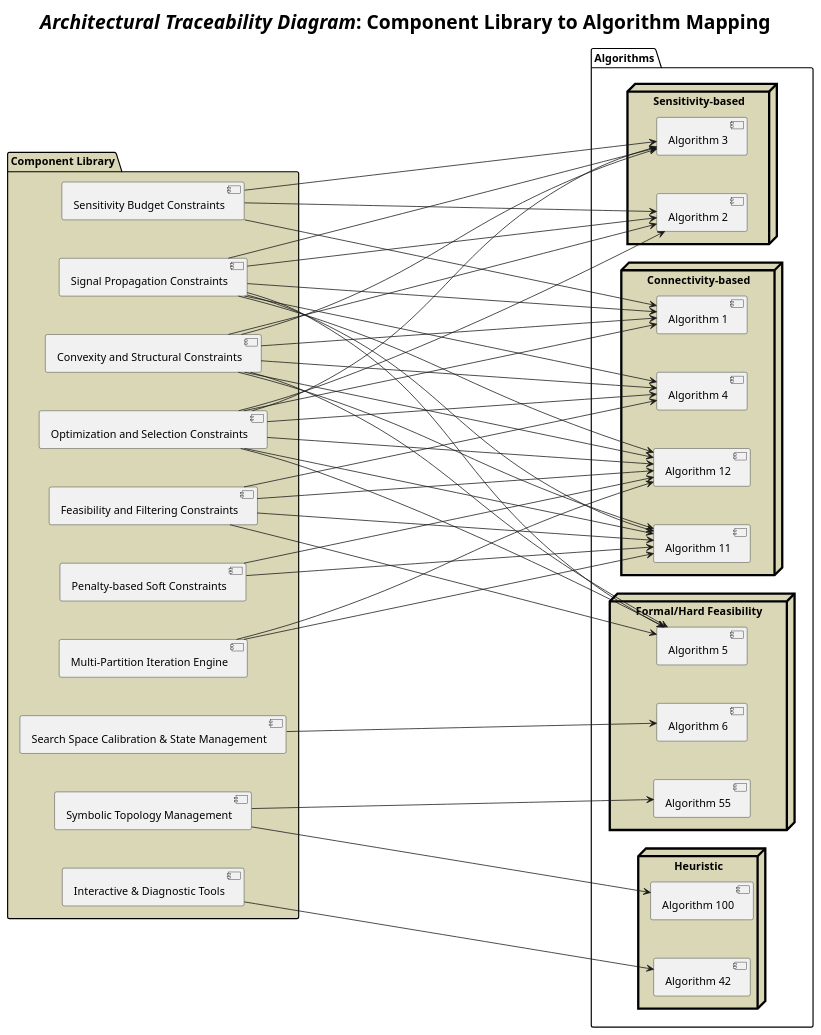
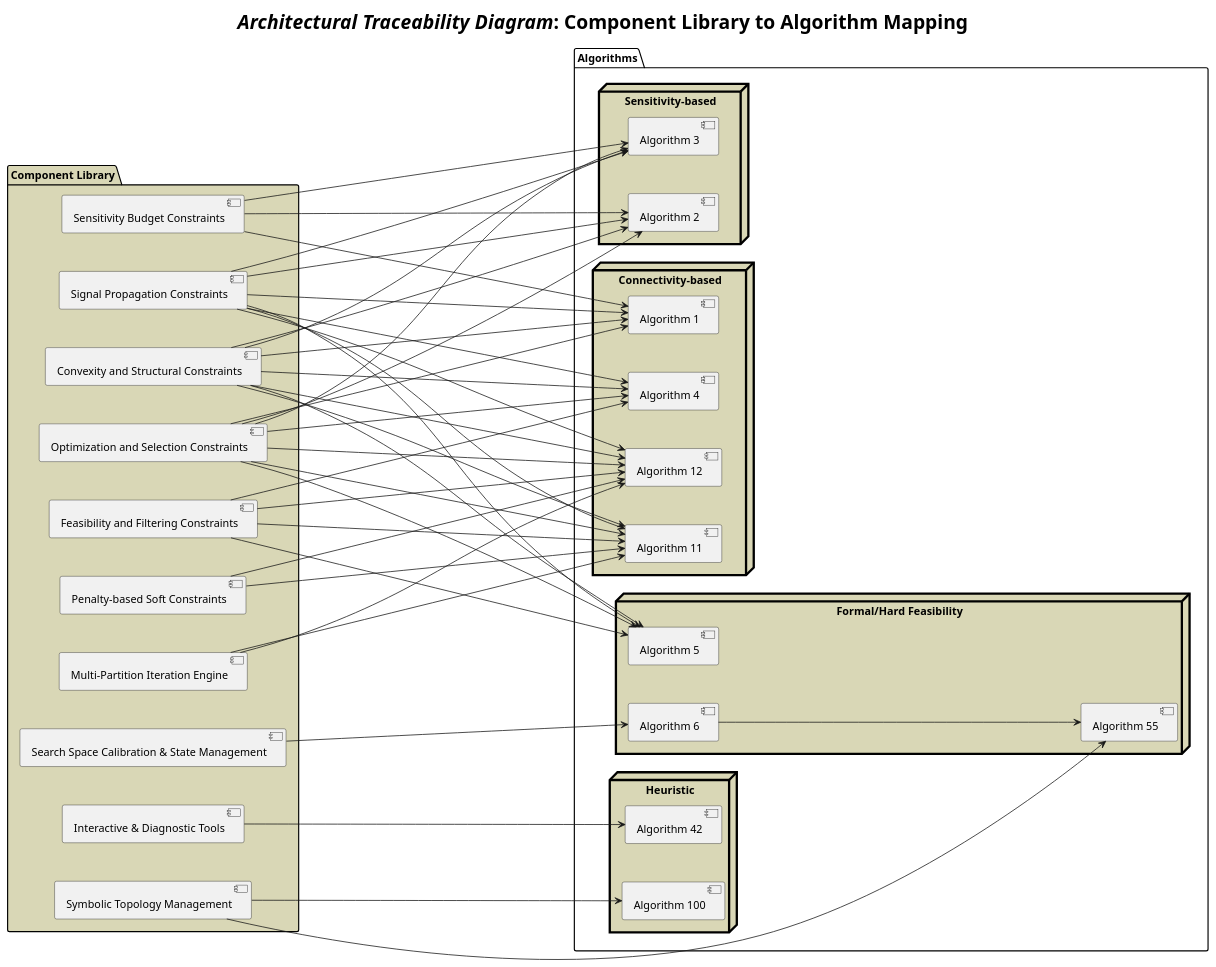
One commit to LP-RG/subxpat changed the diagram in sxpat/architecture_map.puml. Above: the diagram before and after it, drawn with PlantUML.

Commit message:
#202: Update Architectural Traceability Diagram with A6 -> A55 dependency

```diff
--- a/sxpat/architecture_map.puml
+++ b/sxpat/architecture_map.puml
@@ -1,114 +1,115 @@
 @startuml
 skinparam componentStyle uml2
 left to right direction
 
 skinparam nodesep 50
 skinparam ranksep 400
 skinparam titleFontSize 25
 
 <style>
 node {
     LineColor black
     LineThickness 3.0
     BackgroundColor #D9D7B6
 }
 </style>
 
 title 
     <i>Architectural Traceability Diagram</i>: Component Library to Algorithm Mapping
 end title
 
 
 package "Component Library" #D9D7B6 {
     [Signal Propagation Constraints] as SP
     [Convexity and Structural Constraints] as CS
     [Optimization and Selection Constraints] as OS
     [Sensitivity Budget Constraints] as SB
     [Feasibility and Filtering Constraints] as FF
     [Penalty-based Soft Constraints] as PS
     [Multi-Partition Iteration Engine] as MPE
     [Search Space Calibration & State Management] as SSCSM
     [Symbolic Topology Management] as STM
     [Interactive & Diagnostic Tools] as IDT
 }
 
 package "Algorithms" {
     node "Connectivity-based" {
         [Algorithm 1] as A1
         [Algorithm 4] as A4
         [Algorithm 11] as A11
         [Algorithm 12] as A12
     }
     node "Sensitivity-based" {
         [Algorithm 2] as A2
         [Algorithm 3] as A3
     }
     node "Formal/Hard Feasibility" {
         [Algorithm 5] as A5
         [Algorithm 6] as A6
         [Algorithm 55] as A55
     }
     node "Heuristic" {
         [Algorithm 42] as A42
         [Algorithm 100] as A100
     }
 }
 
 ' (Mapping)
 ' mapping dependencies for 'Signal Propagation Constraints'
 SP --> A1 
 SP --> A2
 SP --> A3
 SP --> A4
 SP --> A5
 SP --> A11
 SP --> A12
 
 ' mapping dependencies for 'Convexity and Structural Constraints'
 CS --> A1 
 CS --> A2
 CS --> A3
 CS --> A4
 CS --> A5
 CS --> A11
 CS --> A12
 
 ' mapping dependencies for 'Optimization and Selection Constraints'
 OS --> A1 
 OS --> A2
 OS --> A3
 OS --> A4
 OS --> A5
 OS --> A11
 OS --> A12
 
 ' mapping dependencies for 'Sensitivity Budget Constraints'
 SB --> A1
 SB --> A2
 SB --> A3
 
 ' mapping dependencies for 'Feasibility and Filtering Constraints'
 FF --> A4
 FF --> A5 
 FF --> A11 
 FF --> A12 
 
 ' mapping dependencies for 'Penalty-based Soft Constraints'
 PS --> A11
 PS --> A12
 
 ' mapping dependencies for 'Multi-Partition Iteration Engine'
 MPE --> A11
 MPE --> A12
 
 ' mapping dependencies for 'Search Space Calibration & State Management'
 SSCSM --> A6
 
 ' mapping dependencies for 'Symbolic Topology Management'
 STM --> A55
 STM --> A100
+A6 --> A55
 
 ' mapping dependencies for 'Interactive & Diagnostic Tools'
 IDT --> A42
 
 @enduml
```
